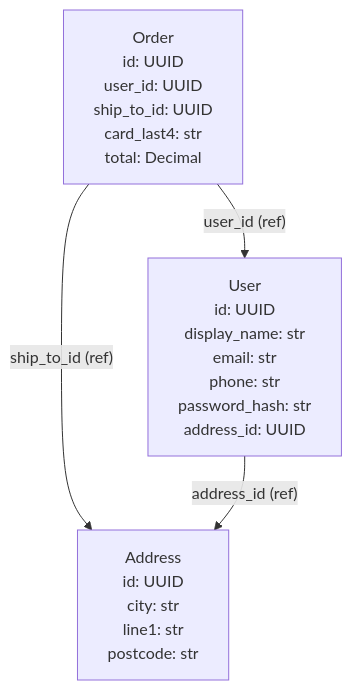
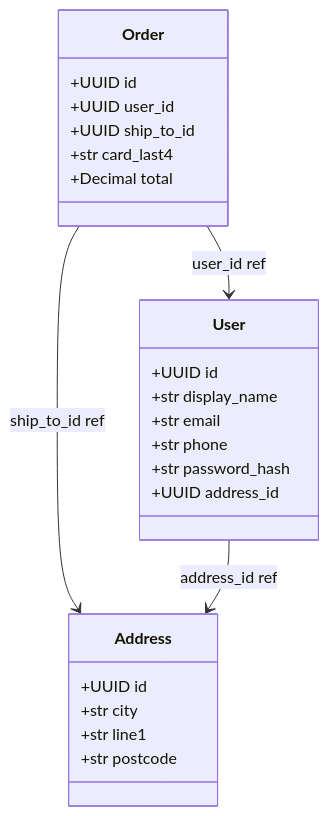
One commit to release-art/pydantic-prism changed the fourth of 6 diagrams in examples/pii_dataflow/README.md. Above: the diagram before and after it, drawn with Mermaid. The commit also changed other lines of this file and 7 other files, not shown here.

````diff
--- a/examples/pii_dataflow/README.md
+++ b/examples/pii_dataflow/README.md
@@ -96,10 +130,28 @@
 ```mermaid
-graph TD
-    Address["Address<br/>id: UUID<br/>city: str<br/>line1: str<br/>postcode: str"]
-    Order["Order<br/>id: UUID<br/>user_id: UUID<br/>ship_to_id: UUID<br/>card_last4: str<br/>total: Decimal"]
-    User["User<br/>id: UUID<br/>display_name: str<br/>email: str<br/>phone: str<br/>password_hash: str<br/>address_id: UUID"]
-    Order -->|"user_id (ref)"| User
-    Order -->|"ship_to_id (ref)"| Address
-    User -->|"address_id (ref)"| Address
-    classDef partial stroke-dasharray: 5 5;
+classDiagram
+    direction TB
+    class Address {
+        +UUID id
+        +str city
+        +str line1
+        +str postcode
+    }
+    class Order {
+        +UUID id
+        +UUID user_id
+        +UUID ship_to_id
+        +str card_last4
+        +Decimal total
+    }
+    class User {
+        +UUID id
+        +str display_name
+        +str email
+        +str phone
+        +str password_hash
+        +UUID address_id
+    }
+    Order --> User : user_id ref
+    Order --> Address : ship_to_id ref
+    User --> Address : address_id ref
 ```
````
